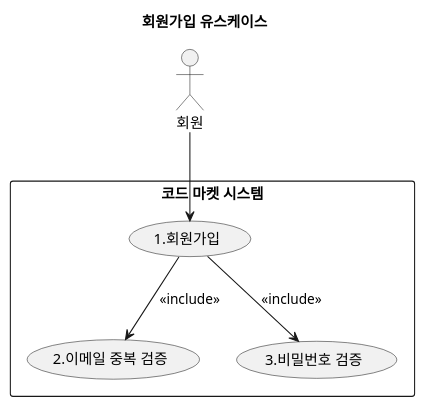
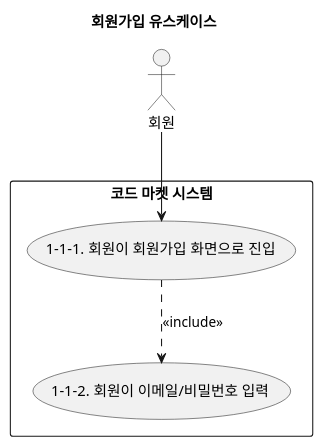
Before and after one commit to f-lab-edu/code-market: the diagram in docs/usecase/usecase_signup.puml, drawn with PlantUML. The commit also changed 5 other files, not shown here.

Commit message:
docs(usecase): usecase 넘버링 수정 - 기존 세부 카테고리 사항까지 모두 넘버링 추가 유저 시나리오와 다이어그램 1:1 넘버 배핑

```diff
--- a/docs/usecase/usecase_signup.puml
+++ b/docs/usecase/usecase_signup.puml
@@ -1,18 +1,16 @@
 @startuml
 title 회원가입 유스케이스
 
 actor "회원" as Member
 
 rectangle "코드 마켓 시스템" {
 '사용자 시나리오 (user_scenario.md 파일)의 기능별 시나리오 번호와 해당 다이어그램의 번호는 매핑되어 있습니다
-  usecase "1.회원가입" as UC_Signup
-  usecase "2.이메일 중복 검증" as UC_CheckEmail
-  usecase "3.비밀번호 검증" as UC_CheckPassword
+  usecase "1-1-1. 회원이 회원가입 화면으로 진입" as UC_Signup
+  usecase "1-1-2. 회원이 이메일/비밀번호 입력" as UC_WriteInformation
 }
 
 Member --> UC_Signup
 
-UC_Signup --> UC_CheckEmail : <<include>>
-UC_Signup --> UC_CheckPassword : <<include>>
+UC_Signup ..> UC_WriteInformation : <<include>>
 
 @enduml
```
